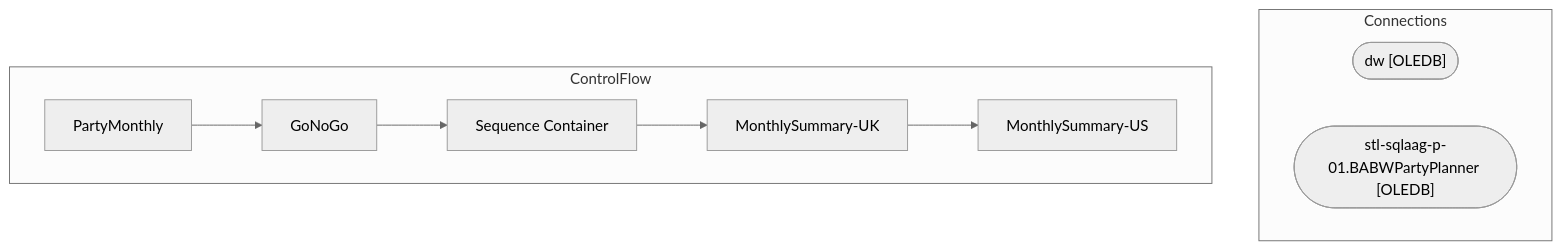
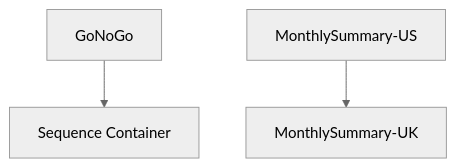
The diagram in bab-docs-explorer/Documentation/STL-SSIS-P-01/SSIS/SSIS/PartyReports.PartyMonthly.md (juanandresbrain/BABSkills), drawn with Mermaid (neutral theme) before and after one commit. The commit also changed other lines of this file and 273 other files, not shown here.

````diff
--- a/bab-docs-explorer/Documentation/STL-SSIS-P-01/SSIS/SSIS/PartyReports.PartyMonthly.md
+++ b/bab-docs-explorer/Documentation/STL-SSIS-P-01/SSIS/SSIS/PartyReports.PartyMonthly.md
@@ -9,18 +35,9 @@
 ```mermaid
 flowchart TD
-    subgraph Connections
-        dw_conn(["dw [OLEDB]"])
-        stl_sqlaag_p_01_BABWPartyPlanner_conn(["stl-sqlaag-p-01.BABWPartyPlanner [OLEDB]"])
-    end
-    subgraph ControlFlow
-        PartyMonthly_task["PartyMonthly"]
-        GoNoGo_task["GoNoGo"]
-        PartyMonthly_task --> GoNoGo_task
-        Sequence_Container_task["Sequence Container"]
-        GoNoGo_task --> Sequence_Container_task
-        MonthlySummary_UK_task["MonthlySummary-UK"]
-        Sequence_Container_task --> MonthlySummary_UK_task
-        MonthlySummary_US_task["MonthlySummary-US"]
-        MonthlySummary_UK_task --> MonthlySummary_US_task
-    end
+    n_Package_GoNoGo["GoNoGo"]
+    n_Package_Sequence_Container["Sequence Container"]
+    n_Package_Sequence_Container_MonthlySummary_UK["MonthlySummary-UK"]
+    n_Package_Sequence_Container_MonthlySummary_US["MonthlySummary-US"]
+    n_Package_Sequence_Container_MonthlySummary_US --> n_Package_Sequence_Container_MonthlySummary_UK
+    n_Package_GoNoGo --> n_Package_Sequence_Container
 ```
````
